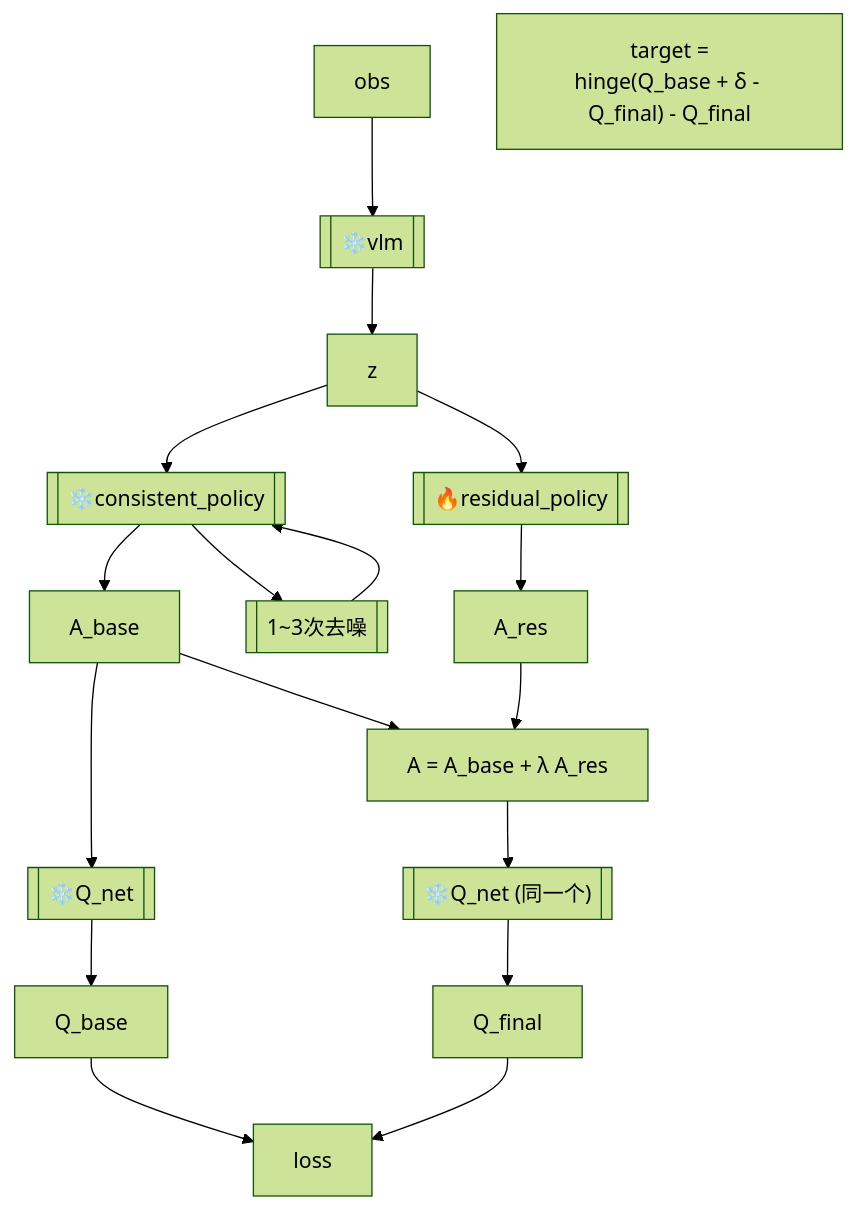
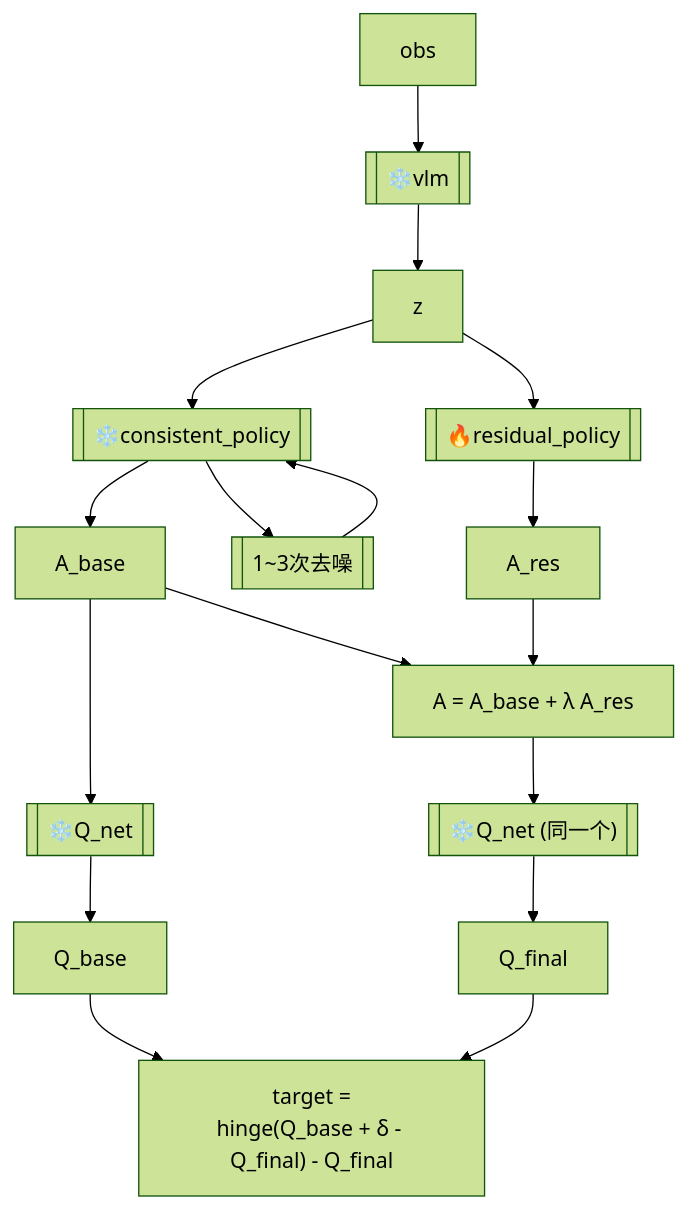
Before and after one commit to julyfun/how-to: the third of 3 diagrams in papers/papers-batch-2.md, drawn with Mermaid (forest theme). The commit also changed other lines of this file, not shown here.

Commit message:
M papers/papers-batch-2.md

````diff
--- a/papers/papers-batch-2.md
+++ b/papers/papers-batch-2.md
@@ -187,9 +188,9 @@
 ```mermaid
 flowchart TD
     obs --> vlm[[❄️vlm]] --> z
-    z --> policy[[❄️consistent_policy]] --> A_base --> Q1[[❄️Q_net]] --> Q_base --> loss
-    z --> residual[[🔥residual_policy]] --> A_res --> A_final["A = A_base + λ A_res"] --> Q2[["❄️Q_net (同一个)"]] --> Q_final --> loss
+    z --> policy[[❄️consistent_policy]] --> A_base --> Q1[[❄️Q_net]] --> Q_base --> target
+    z --> residual[[🔥residual_policy]] --> A_res --> A_final["A = A_base + λ A_res"] --> Q2[["❄️Q_net (同一个)"]] --> Q_final --> target
     policy --> v[[1~3次去噪]] -->policy
     A_base --> A_final
     target["target =<br>hinge(Q_base + δ - Q_final) - Q_final<br>"]
 ```
````
